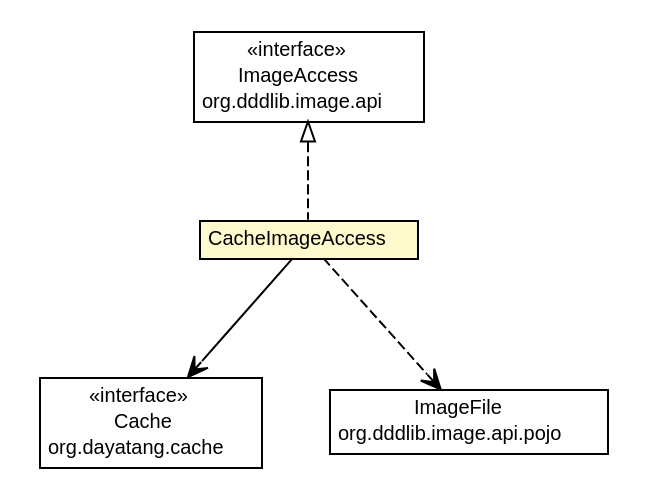
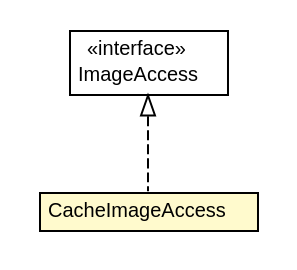
One commit to dayatang/dddlib changed the diagram in dddlib-image/dddlib-image-cache/apidocs/org/dddlib/image/cache/CacheImageAccess.dot. Above: the diagram before and after it, drawn with Graphviz. The commit also changed 69 other files, not shown here.

```diff
--- a/dddlib-image/dddlib-image-cache/apidocs/org/dddlib/image/cache/CacheImageAccess.dot
+++ b/dddlib-image/dddlib-image-cache/apidocs/org/dddlib/image/cache/CacheImageAccess.dot
@@ -1,47 +1,27 @@
 #!/usr/local/bin/dot
 #
 # Class diagram 
 # Generated by UMLGraph version R5_6_6-8-g8d7759 (http://www.umlgraph.org/)
 #
 
 digraph G {
 	edge [fontname="Helvetica",fontsize=10,labelfontname="Helvetica",labelfontsize=10];
 	node [fontname="Helvetica",fontsize=10,shape=plaintext];
 	nodesep=0.25;
 	ranksep=0.5;
 	// org.dddlib.image.cache.CacheImageAccess
-	c6 [label=<<table title="org.dddlib.image.cache.CacheImageAccess" border="0" cellborder="1" cellspacing="0" cellpadding="2" port="p" bgcolor="lemonChiffon" href="./CacheImageAccess.html">
+	c3 [label=<<table title="org.dddlib.image.cache.CacheImageAccess" border="0" cellborder="1" cellspacing="0" cellpadding="2" port="p" bgcolor="lemonChiffon" href="./CacheImageAccess.html">
 		<tr><td><table border="0" cellspacing="0" cellpadding="1">
 <tr><td align="center" balign="center"> CacheImageAccess </td></tr>
 		</table></td></tr>
 		</table>>, URL="./CacheImageAccess.html", fontname="Helvetica", fontcolor="black", fontsize=10.0];
 	//org.dddlib.image.cache.CacheImageAccess implements org.dddlib.image.api.ImageAccess
-	c7:p -> c6:p [dir=back,arrowtail=empty,style=dashed];
-	// org.dddlib.image.cache.CacheImageAccess NAVASSOC org.dayatang.cache.Cache
-	c6:p -> c11:p [taillabel="", label=" "headlabel="", fontname="Helvetica", fontcolor="black", fontsize=10.0, color="black", arrowhead=open];
-	// org.dddlib.image.cache.CacheImageAccess DEPEND org.dddlib.image.api.pojo.ImageFile
-	c6:p -> c13:p [taillabel="", label=" "headlabel="", fontname="Helvetica", fontcolor="black", fontsize=10.0, color="black", arrowhead=open, style=dashed];
-	// org.dayatang.cache.Cache
-	c11 [label=<<table title="org.dayatang.cache.Cache" border="0" cellborder="1" cellspacing="0" cellpadding="2" port="p" href="http://java.sun.com/j2se/1.4.2/docs/api/org/dayatang/cache/Cache.html">
-		<tr><td><table border="0" cellspacing="0" cellpadding="1">
-<tr><td align="center" balign="center"> &#171;interface&#187; </td></tr>
-<tr><td align="center" balign="center"> Cache </td></tr>
-<tr><td align="center" balign="center"> org.dayatang.cache </td></tr>
-		</table></td></tr>
-		</table>>, URL="http://java.sun.com/j2se/1.4.2/docs/api/org/dayatang/cache/Cache.html", fontname="Helvetica", fontcolor="black", fontsize=10.0];
+	c4:p -> c3:p [dir=back,arrowtail=empty,style=dashed];
 	// org.dddlib.image.api.ImageAccess
-	c7 [label=<<table title="org.dddlib.image.api.ImageAccess" border="0" cellborder="1" cellspacing="0" cellpadding="2" port="p" href="http://java.sun.com/j2se/1.4.2/docs/api/org/dddlib/image/api/ImageAccess.html">
+	c4 [label=<<table title="org.dddlib.image.api.ImageAccess" border="0" cellborder="1" cellspacing="0" cellpadding="2" port="p">
 		<tr><td><table border="0" cellspacing="0" cellpadding="1">
 <tr><td align="center" balign="center"> &#171;interface&#187; </td></tr>
 <tr><td align="center" balign="center"> ImageAccess </td></tr>
-<tr><td align="center" balign="center"> org.dddlib.image.api </td></tr>
 		</table></td></tr>
-		</table>>, URL="http://java.sun.com/j2se/1.4.2/docs/api/org/dddlib/image/api/ImageAccess.html", fontname="Helvetica", fontcolor="black", fontsize=10.0];
-	// org.dddlib.image.api.pojo.ImageFile
-	c13 [label=<<table title="org.dddlib.image.api.pojo.ImageFile" border="0" cellborder="1" cellspacing="0" cellpadding="2" port="p" href="http://java.sun.com/j2se/1.4.2/docs/api/org/dddlib/image/api/pojo/ImageFile.html">
-		<tr><td><table border="0" cellspacing="0" cellpadding="1">
-<tr><td align="center" balign="center"> ImageFile </td></tr>
-<tr><td align="center" balign="center"> org.dddlib.image.api.pojo </td></tr>
-		</table></td></tr>
-		</table>>, URL="http://java.sun.com/j2se/1.4.2/docs/api/org/dddlib/image/api/pojo/ImageFile.html", fontname="Helvetica", fontcolor="black", fontsize=10.0];
+		</table>>, URL="null", fontname="Helvetica", fontcolor="black", fontsize=10.0];
 }
```
